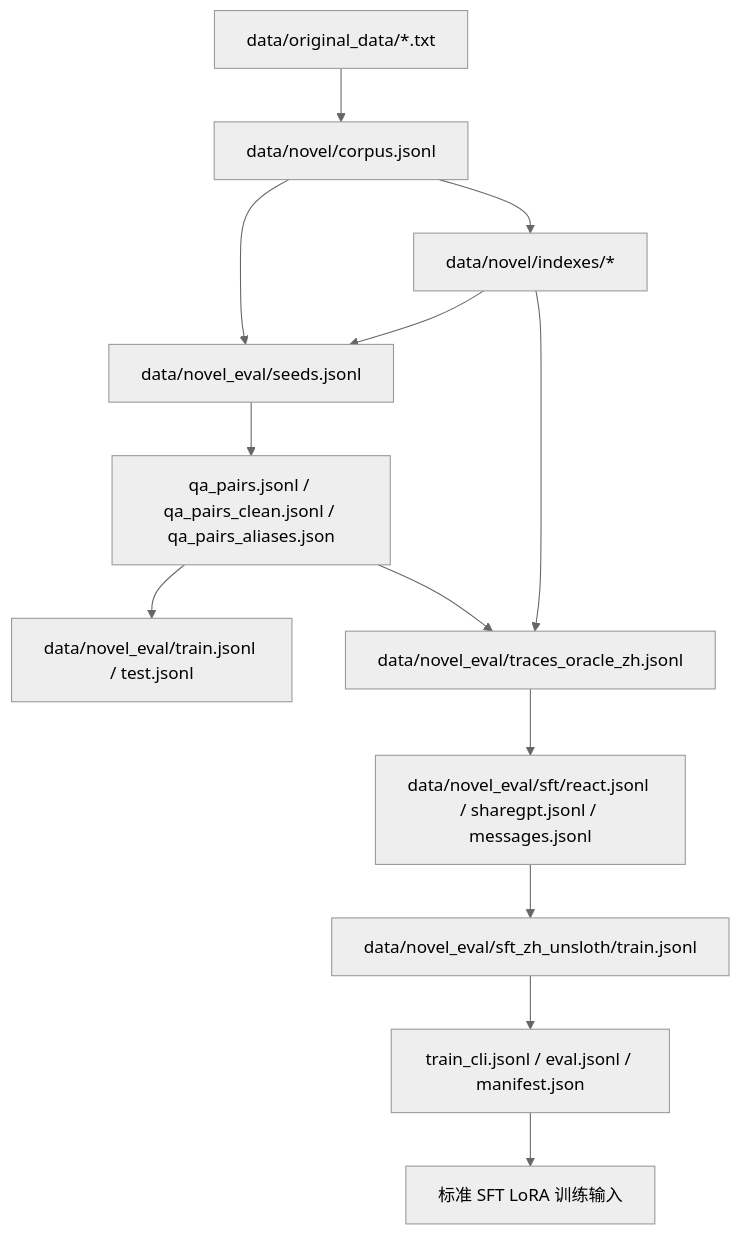
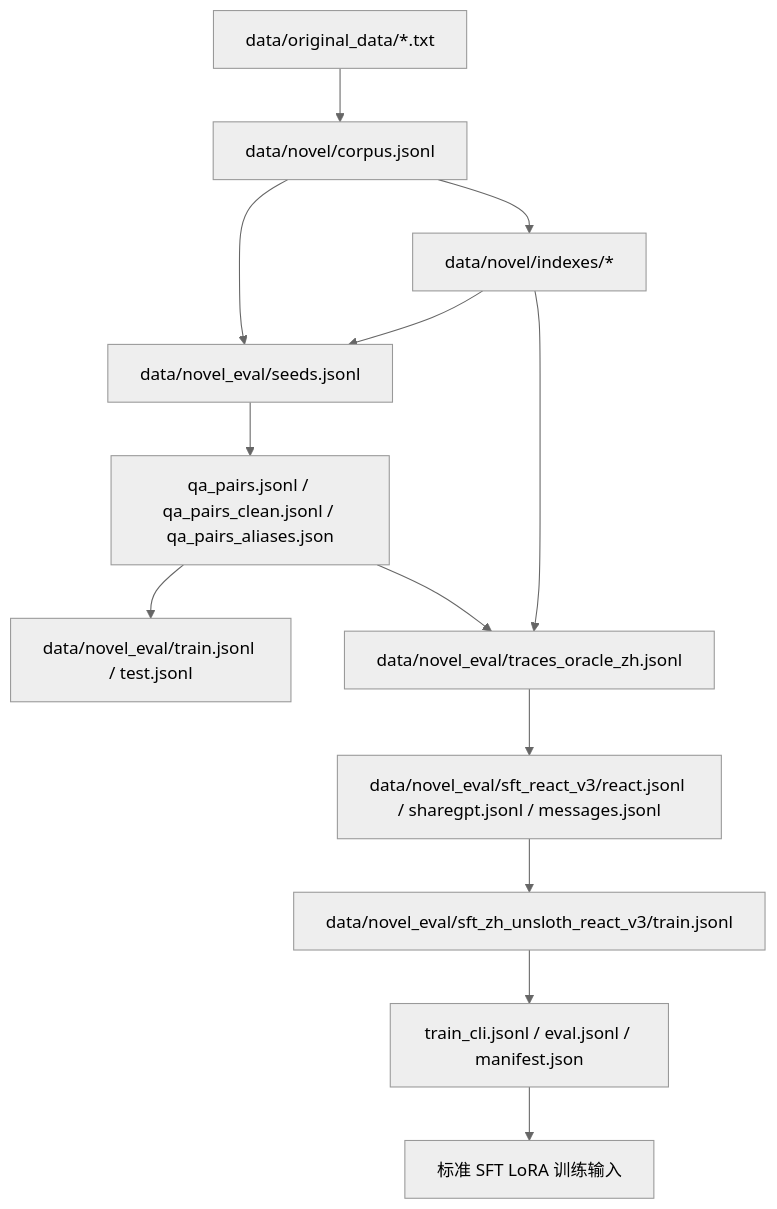
One commit to Lafinger/AgenticRAG-RL changed the diagram in demo/docs/数据流.md. Above: the diagram before and after it, drawn with Mermaid (neutral theme). The commit also changed other lines of this file and 38 other files, not shown here.

````diff
--- a/demo/docs/数据流.md
+++ b/demo/docs/数据流.md
@@ -7,15 +7,15 @@
 ```mermaid
 flowchart TD
     A["data/original_data/*.txt"] --> B["data/novel/corpus.jsonl"]
     B --> C["data/novel/indexes/*"]
     B --> D["data/novel_eval/seeds.jsonl"]
     C --> D
     D --> E["qa_pairs.jsonl / qa_pairs_clean.jsonl / qa_pairs_aliases.json"]
     E --> F["data/novel_eval/train.jsonl / test.jsonl"]
     E --> G["data/novel_eval/traces_oracle_zh.jsonl"]
     C --> G
-    G --> H["data/novel_eval/sft/react.jsonl / sharegpt.jsonl / messages.jsonl"]
-    H --> I["data/novel_eval/sft_zh_unsloth/train.jsonl"]
+    G --> H["data/novel_eval/sft_react_v3/react.jsonl / sharegpt.jsonl / messages.jsonl"]
+    H --> I["data/novel_eval/sft_zh_unsloth_react_v3/train.jsonl"]
     I --> J["train_cli.jsonl / eval.jsonl / manifest.json"]
     J --> K["标准 SFT LoRA 训练输入"]
 ```
````
